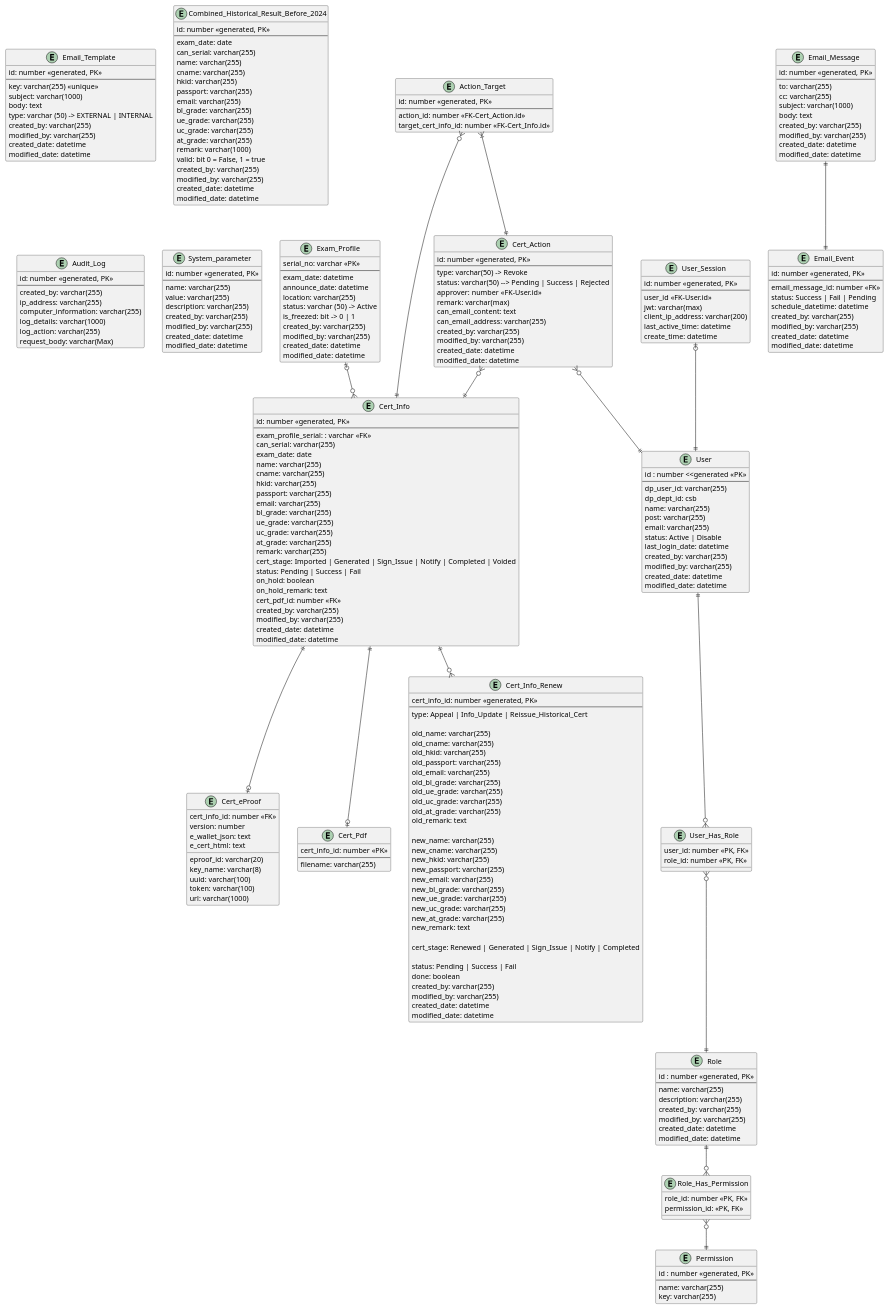
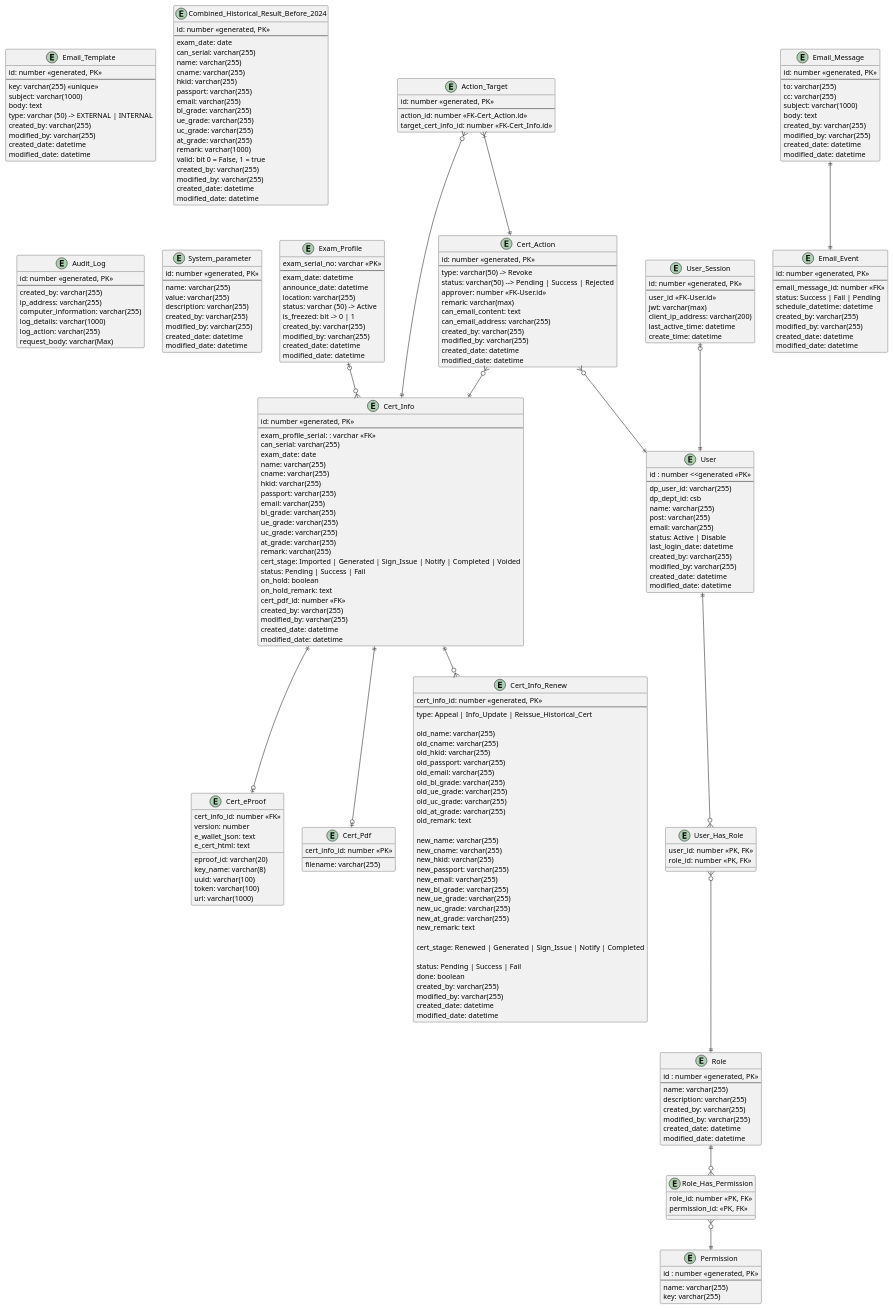
The diagram in er-diagram.puml (igsl-group/csb_eproof), drawn with PlantUML before and after one commit.

Commit message:
Little update or erd field

```diff
--- a/er-diagram.puml
+++ b/er-diagram.puml
@@ -45,7 +45,7 @@
 }
 
 entity "Exam_Profile" as exam_profile {
-  serial_no: varchar <<PK>>
+  exam_serial_no: varchar <<PK>>
   --
   exam_date: datetime
   announce_date: datetime
```
